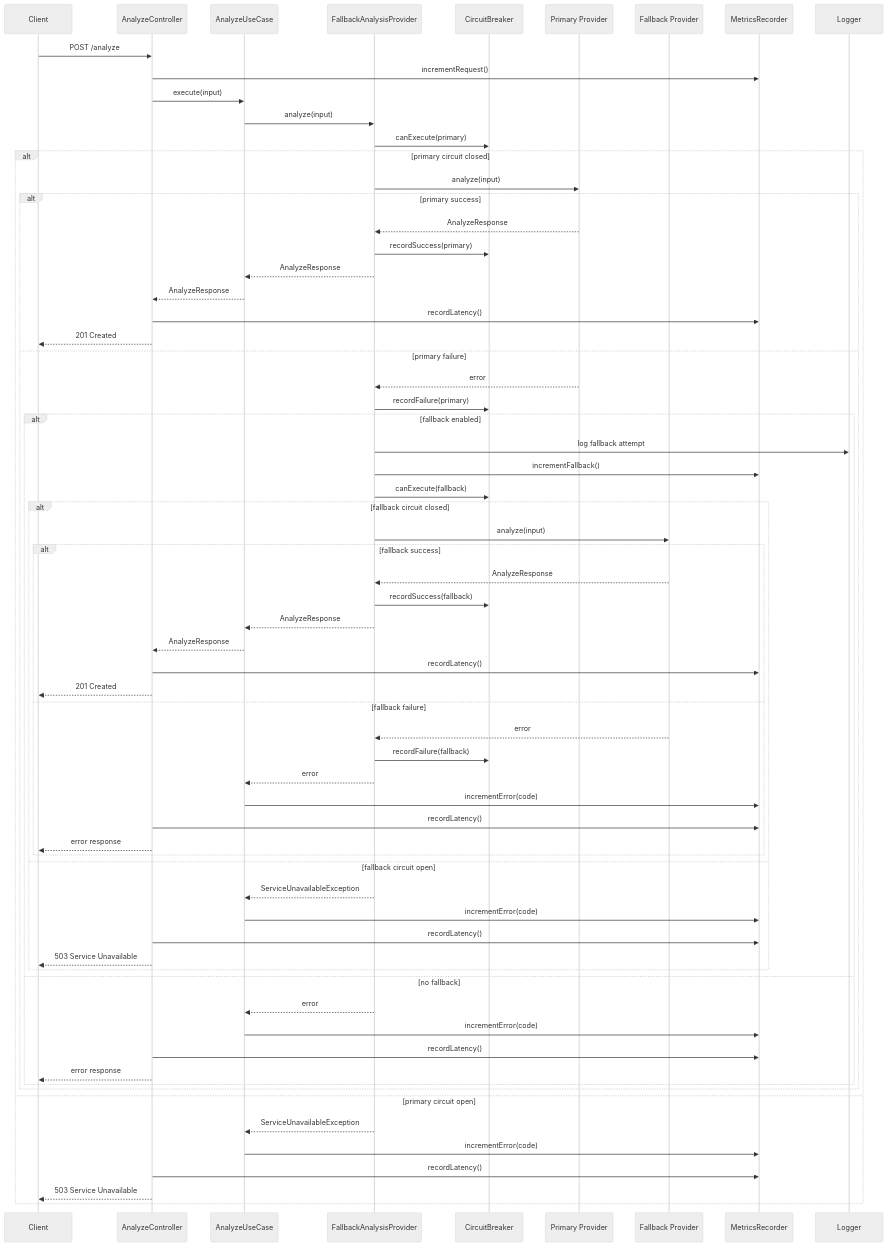
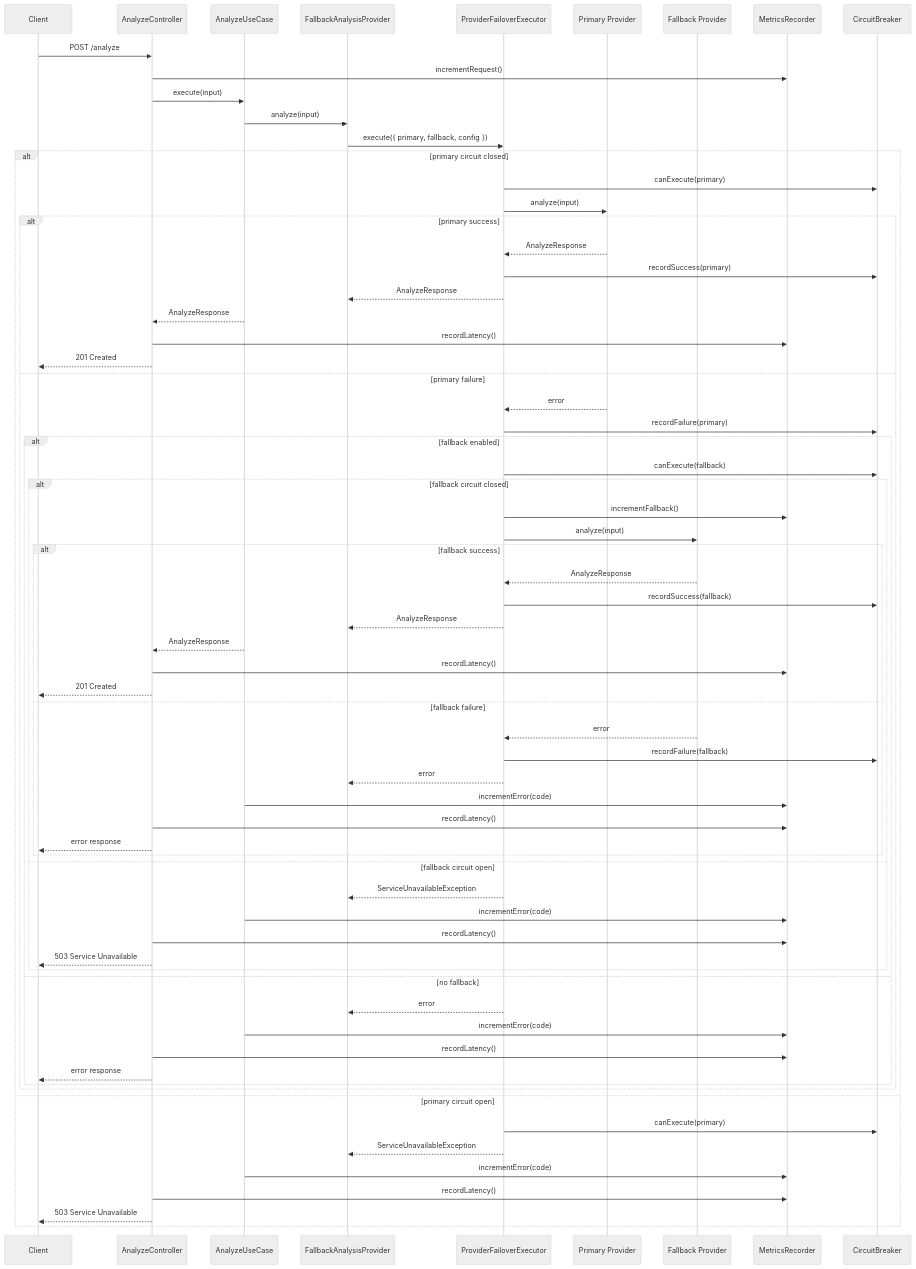
The diagram in docs/diagrams/analyze-sequence.md (gustavoarielms/ai-orchestrator), drawn with Mermaid (neutral theme) before and after one commit. The commit also changed 2 other files, not shown here.

Commit message:
docs(alignment): update ADR-006, analyze sequence and roadmap after failover refactor
- update ADR-006 to reflect shared failover strategy and ProviderFailoverExecutor
- fix analyze sequence diagram to represent executor-based failover flow
- update README next steps to remove outdated refactor notes

This aligns remaining documentation with current resilience architecture.

````diff
--- a/docs/diagrams/analyze-sequence.md
+++ b/docs/diagrams/analyze-sequence.md
@@ -3,76 +3,77 @@
 ```mermaid
 sequenceDiagram
     participant Client
     participant Controller as AnalyzeController
     participant UseCase as AnalyzeUseCase
     participant Provider as FallbackAnalysisProvider
-    participant Circuit as CircuitBreaker
+    participant Failover as ProviderFailoverExecutor
     participant Primary as Primary Provider
     participant Secondary as Fallback Provider
     participant Metrics as MetricsRecorder
-    participant Logger as Logger
+    participant Circuit as CircuitBreaker
 
     Client->>Controller: POST /analyze
     Controller->>Metrics: incrementRequest()
     Controller->>UseCase: execute(input)
 
     UseCase->>Provider: analyze(input)
+    Provider->>Failover: execute({ primary, fallback, config })
 
-    Provider->>Circuit: canExecute(primary)
     alt primary circuit closed
-        Provider->>Primary: analyze(input)
+        Failover->>Circuit: canExecute(primary)
+        Failover->>Primary: analyze(input)
 
         alt primary success
-            Primary-->>Provider: AnalyzeResponse
-            Provider->>Circuit: recordSuccess(primary)
-            Provider-->>UseCase: AnalyzeResponse
+            Primary-->>Failover: AnalyzeResponse
+            Failover->>Circuit: recordSuccess(primary)
+            Failover-->>Provider: AnalyzeResponse
             UseCase-->>Controller: AnalyzeResponse
             Controller->>Metrics: recordLatency()
             Controller-->>Client: 201 Created
         else primary failure
-            Primary-->>Provider: error
-            Provider->>Circuit: recordFailure(primary)
+            Primary-->>Failover: error
+            Failover->>Circuit: recordFailure(primary)
 
             alt fallback enabled
-                Provider->>Logger: log fallback attempt
-                Provider->>Metrics: incrementFallback()
-                Provider->>Circuit: canExecute(fallback)
+                Failover->>Circuit: canExecute(fallback)
 
                 alt fallback circuit closed
-                    Provider->>Secondary: analyze(input)
+                    Failover->>Metrics: incrementFallback()
+                    Failover->>Secondary: analyze(input)
 
                     alt fallback success
-                        Secondary-->>Provider: AnalyzeResponse
-                        Provider->>Circuit: recordSuccess(fallback)
-                        Provider-->>UseCase: AnalyzeResponse
+                        Secondary-->>Failover: AnalyzeResponse
+                        Failover->>Circuit: recordSuccess(fallback)
+                        Failover-->>Provider: AnalyzeResponse
                         UseCase-->>Controller: AnalyzeResponse
                         Controller->>Metrics: recordLatency()
                         Controller-->>Client: 201 Created
                     else fallback failure
-                        Secondary-->>Provider: error
-                        Provider->>Circuit: recordFailure(fallback)
-                        Provider-->>UseCase: error
+                        Secondary-->>Failover: error
+                        Failover->>Circuit: recordFailure(fallback)
+                        Failover-->>Provider: error
                         UseCase->>Metrics: incrementError(code)
                         Controller->>Metrics: recordLatency()
                         Controller-->>Client: error response
                     end
                 else fallback circuit open
-                    Provider-->>UseCase: ServiceUnavailableException
+                    Failover-->>Provider: ServiceUnavailableException
                     UseCase->>Metrics: incrementError(code)
                     Controller->>Metrics: recordLatency()
                     Controller-->>Client: 503 Service Unavailable
                 end
             else no fallback
-                Provider-->>UseCase: error
+                Failover-->>Provider: error
                 UseCase->>Metrics: incrementError(code)
                 Controller->>Metrics: recordLatency()
                 Controller-->>Client: error response
             end
         end
     else primary circuit open
-        Provider-->>UseCase: ServiceUnavailableException
+        Failover->>Circuit: canExecute(primary)
+        Failover-->>Provider: ServiceUnavailableException
         UseCase->>Metrics: incrementError(code)
         Controller->>Metrics: recordLatency()
         Controller-->>Client: 503 Service Unavailable
     end
 ```
````
